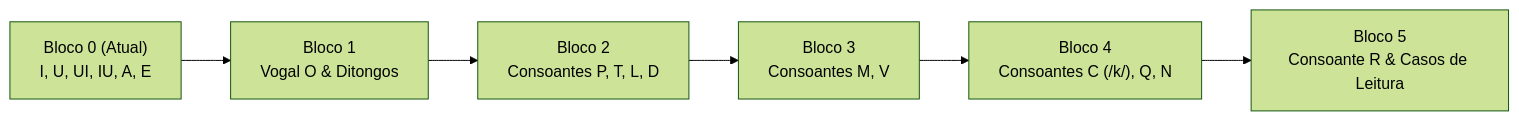
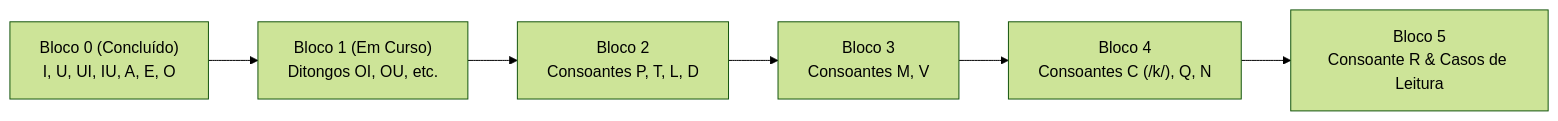
Before and after one commit to vitorstick/aventura-das-letras: the diagram in PLANO_1_SEMESTRE.md, drawn with Mermaid (forest theme). The commit also changed other lines of this file and 51 other files, not shown here.

````diff
--- a/PLANO_1_SEMESTRE.md
+++ b/PLANO_1_SEMESTRE.md
@@ -29,8 +30,8 @@
 ```mermaid
 flowchart LR
-    A["Bloco 0 (Atual)<br>I, U, UI, IU, A, E"] --> B["Bloco 1<br>Vogal O & Ditongos"]
+    A["Bloco 0 (Concluído)<br>I, U, UI, IU, A, E, O"] --> B["Bloco 1 (Em Curso)<br>Ditongos OI, OU, etc."]
     B --> C["Bloco 2<br>Consoantes P, T, L, D"]
     C --> D["Bloco 3<br>Consoantes M, V"]
     D --> E["Bloco 4<br>Consoantes C (/k/), Q, N"]
     E --> F["Bloco 5<br>Consoante R & Casos de Leitura"]
 ```
````
